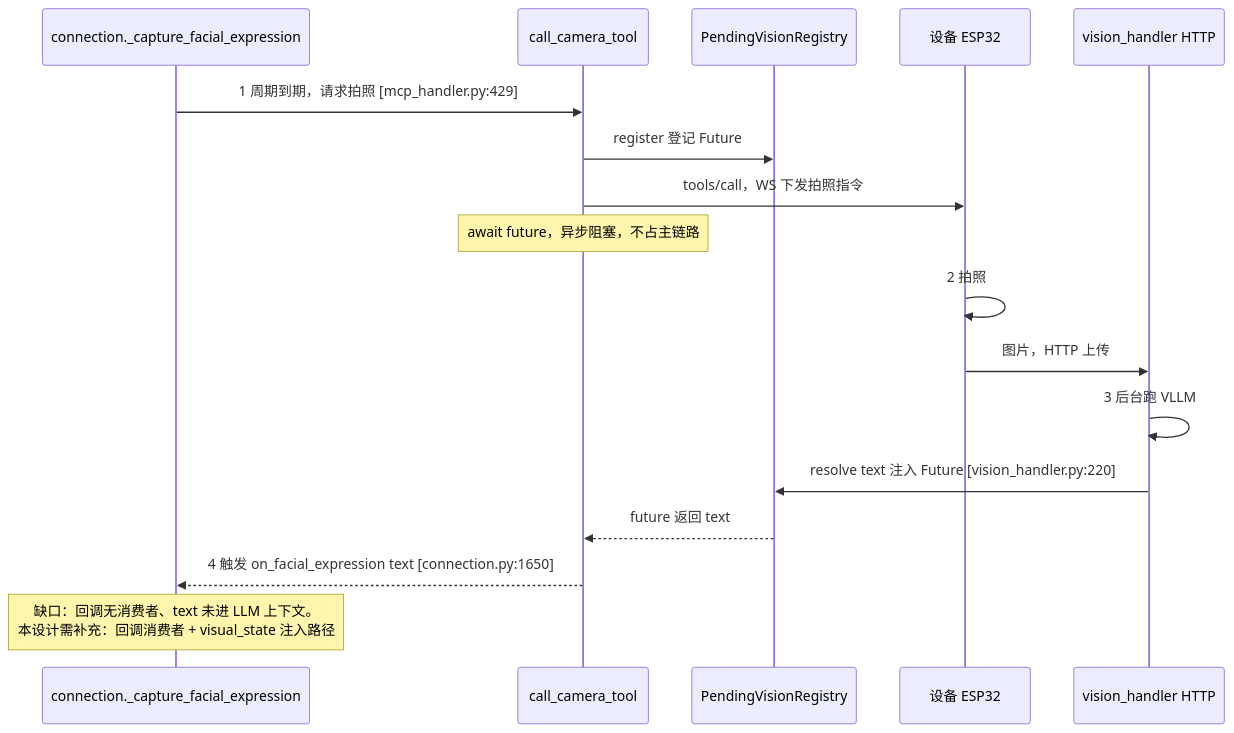
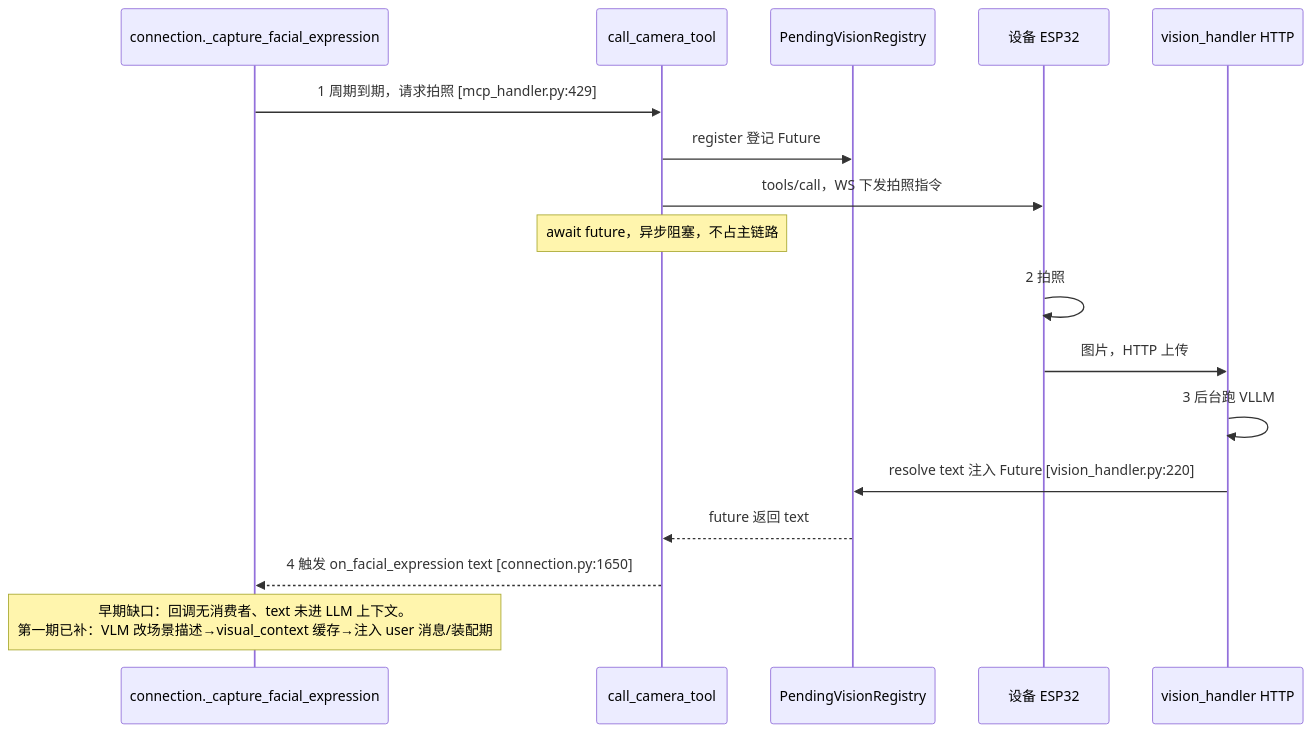
The first of 3 diagrams in 视觉感知融合模块设计.md (XijiaZhao/system), drawn with Mermaid before and after one commit. The commit also changed other lines of this file, not shown here.

Commit message:
docs: 视觉感知融合设计按 visual-context-llm-expression 分支修正为第一期现状+第二期专用模型两层

````diff
--- a/视觉感知融合模块设计.md
+++ b/视觉感知融合模块设计.md
@@ -37,19 +37,19 @@
 ```mermaid
 sequenceDiagram
     participant C as connection._capture_facial_expression
     participant T as call_camera_tool
     participant R as PendingVisionRegistry
     participant D as 设备 ESP32
     participant V as vision_handler HTTP
     C->>T: 1 周期到期，请求拍照 [mcp_handler.py:429]
     T->>R: register 登记 Future
     T->>D: tools/call，WS 下发拍照指令
     Note over T: await future，异步阻塞，不占主链路
     D->>D: 2 拍照
     D->>V: 图片，HTTP 上传
     V->>V: 3 后台跑 VLLM
     V->>R: resolve text 注入 Future [vision_handler.py:220]
     R-->>T: future 返回 text
     T-->>C: 4 触发 on_facial_expression text [connection.py:1650]
-    Note over C: 缺口：回调无消费者、text 未进 LLM 上下文。<br/>本设计需补充：回调消费者 + visual_state 注入路径
+    Note over C: 早期缺口：回调无消费者、text 未进 LLM 上下文。<br/>第一期已补：VLM 改场景描述→visual_context 缓存→注入 user 消息/装配期
 ```
````
